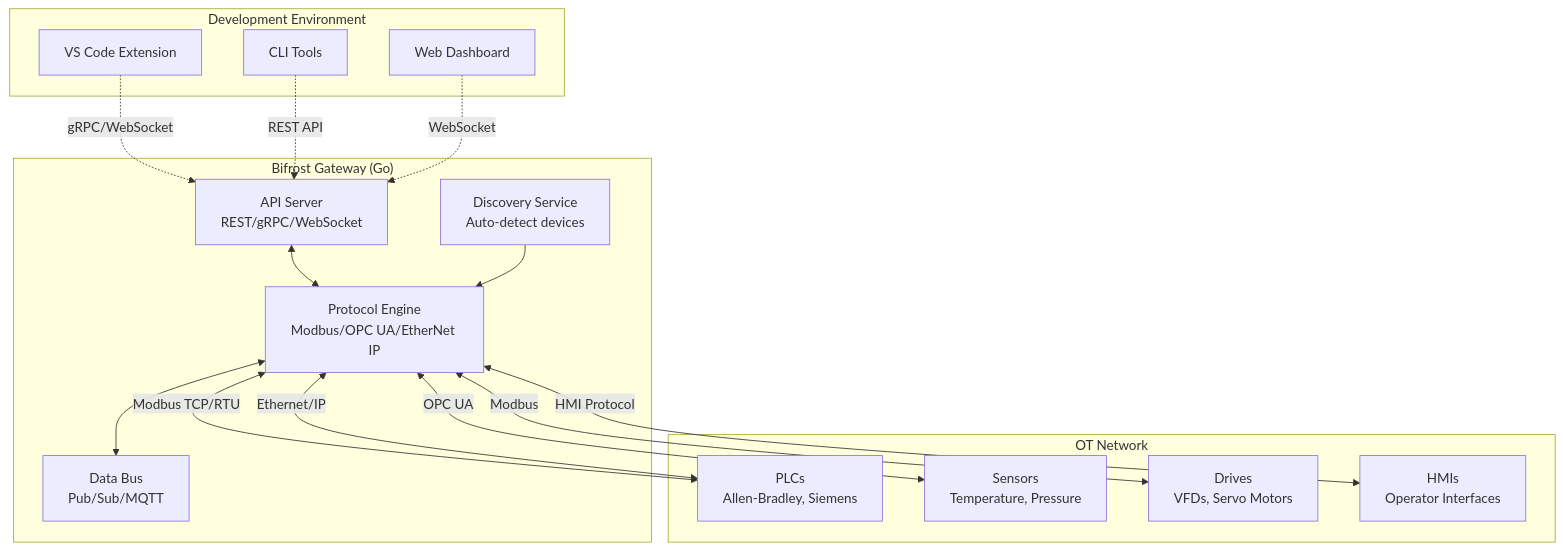
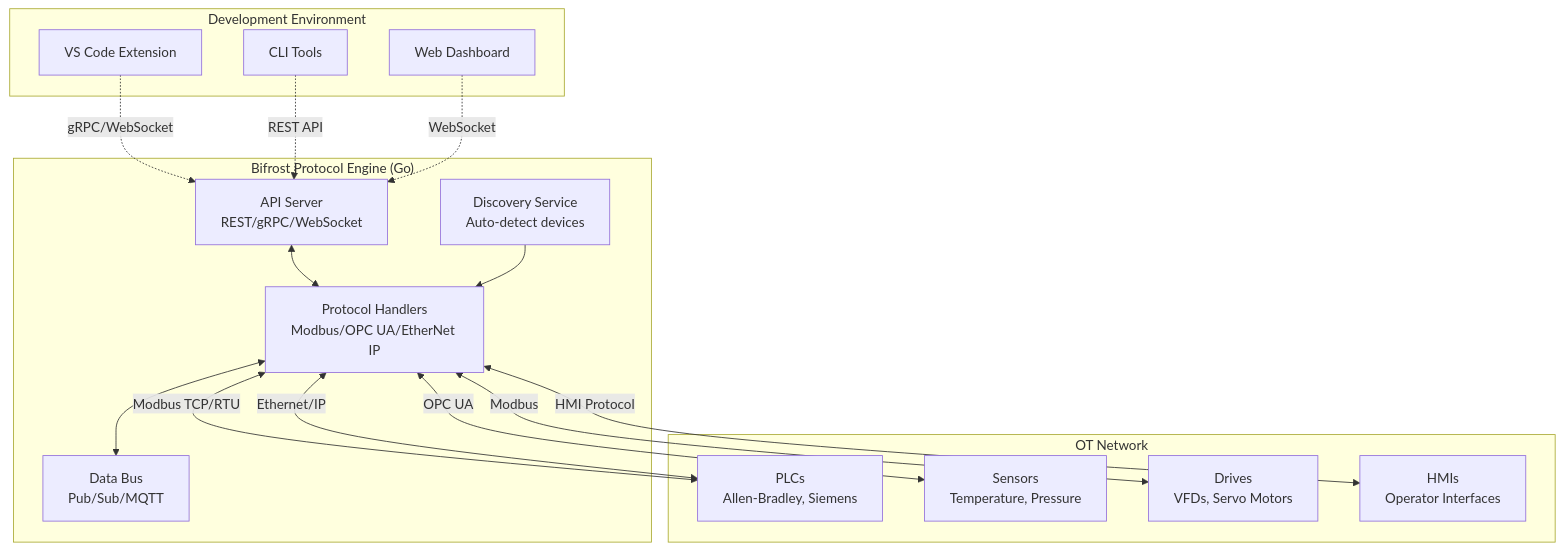
The first of 2 diagrams in README.md (IamMikeHelsel/bifrost), drawn with Mermaid before and after one commit. The commit also changed other lines of this file and 5 other files, not shown here.

````diff
--- a/README.md
+++ b/README.md
@@ -22,34 +22,34 @@
 ```mermaid
 graph TD
     subgraph "Development Environment"
         A[VS Code Extension]
         B[CLI Tools]
         C[Web Dashboard]
     end
 
-    subgraph "Bifrost Gateway (Go)"
+    subgraph "Bifrost Protocol Engine (Go)"
         D[API Server<br/>REST/gRPC/WebSocket]
-        E[Protocol Engine<br/>Modbus/OPC UA/EtherNet IP]
+        E[Protocol Handlers<br/>Modbus/OPC UA/EtherNet IP]
         F[Data Bus<br/>Pub/Sub/MQTT]
         G[Discovery Service<br/>Auto-detect devices]
     end
 
     subgraph "OT Network"
         H[PLCs<br/>Allen-Bradley, Siemens]
         I[Sensors<br/>Temperature, Pressure]
         J[Drives<br/>VFDs, Servo Motors]
         K[HMIs<br/>Operator Interfaces]
     end
 
     A -.-> |gRPC/WebSocket| D
     B -.-> |REST API| D
     C -.-> |WebSocket| D
     D <--> E
     E <--> F
     G --> E
     E <--> |Modbus TCP/RTU| H
     E <--> |Ethernet/IP| H
     E <--> |OPC UA| I
     E <--> |Modbus| J
     E <--> |HMI Protocol| K
 ```
````
